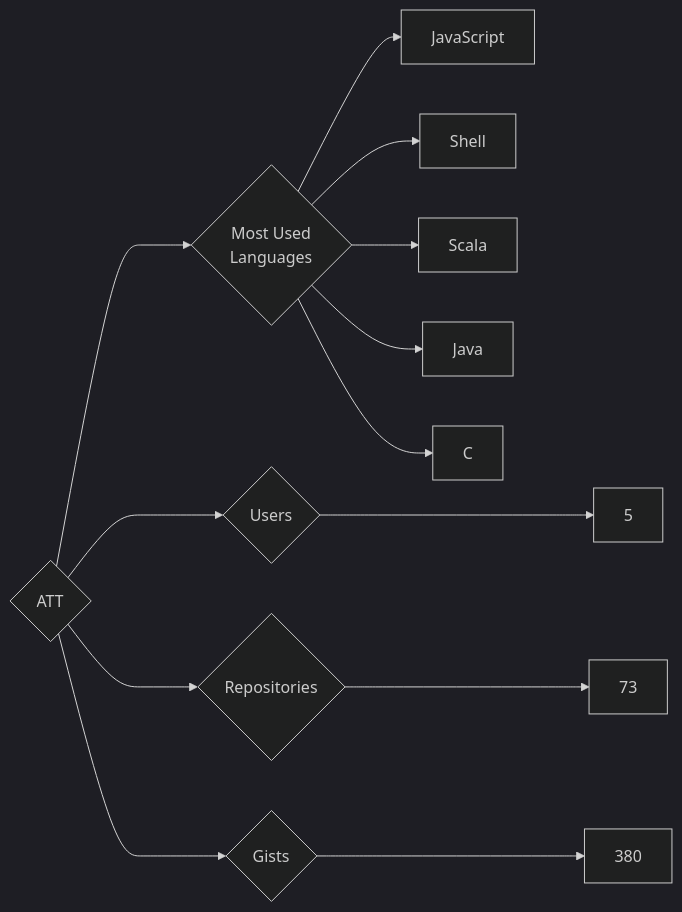
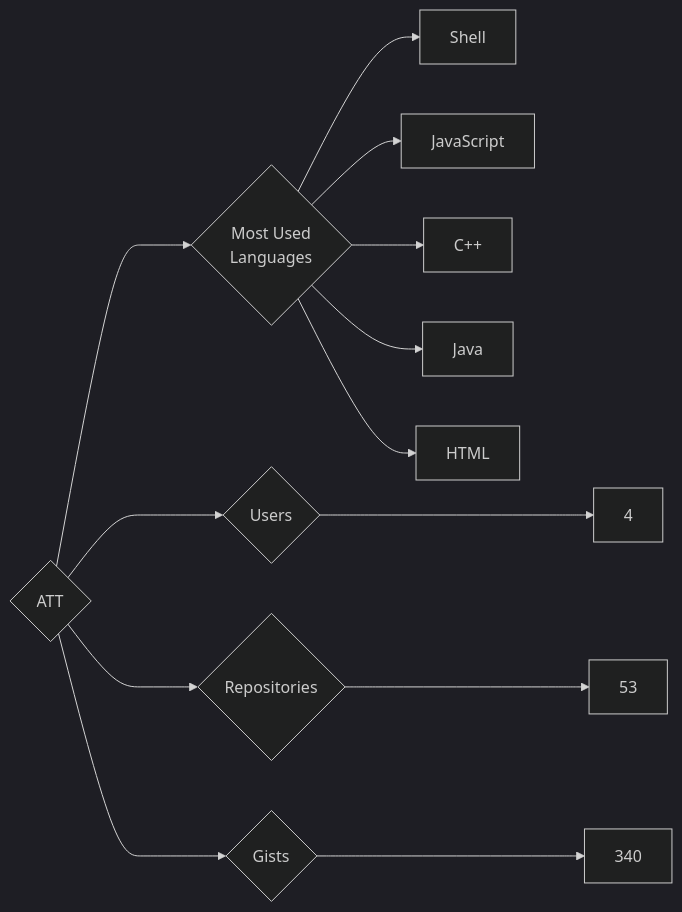
One commit to trickest/insiders changed the diagram in targets/ATT/README.md. Above: the diagram before and after it, drawn with Mermaid (dark theme). The commit also changed 644 other files, not shown here.

````diff
--- a/targets/ATT/README.md
+++ b/targets/ATT/README.md
@@ -3,13 +3,13 @@
 ```mermaid
 graph LR
 COMPANY_NAME{ATT}
-COMPANY_NAME ---> U{Users} ---> UN[5]
-COMPANY_NAME ---> R{Repositories} ---> RN[73]
-COMPANY_NAME ---> G{Gists} ---> GN[380]
+COMPANY_NAME ---> U{Users} ---> UN[4]
+COMPANY_NAME ---> R{Repositories} ---> RN[53]
+COMPANY_NAME ---> G{Gists} ---> GN[340]
 COMPANY_NAME ---> ML{Most Used<br>Languages}
+ML --> Shell[Shell]
 ML --> JavaScript[JavaScript]
-ML --> Shell[Shell]
-ML --> Scala[Scala]
+ML --> C++[C++]
 ML --> Java[Java]
-ML --> C[C]
+ML --> HTML[HTML]
 ```
````
